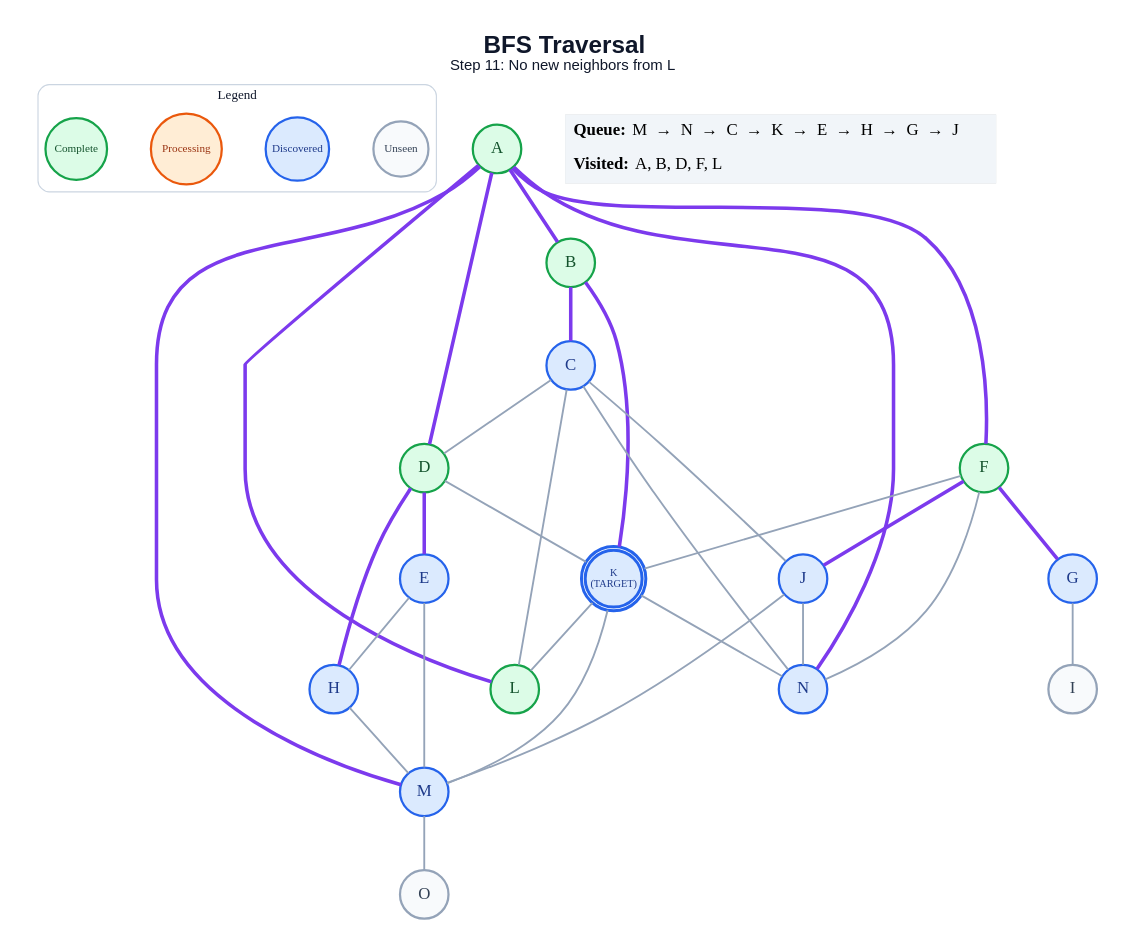
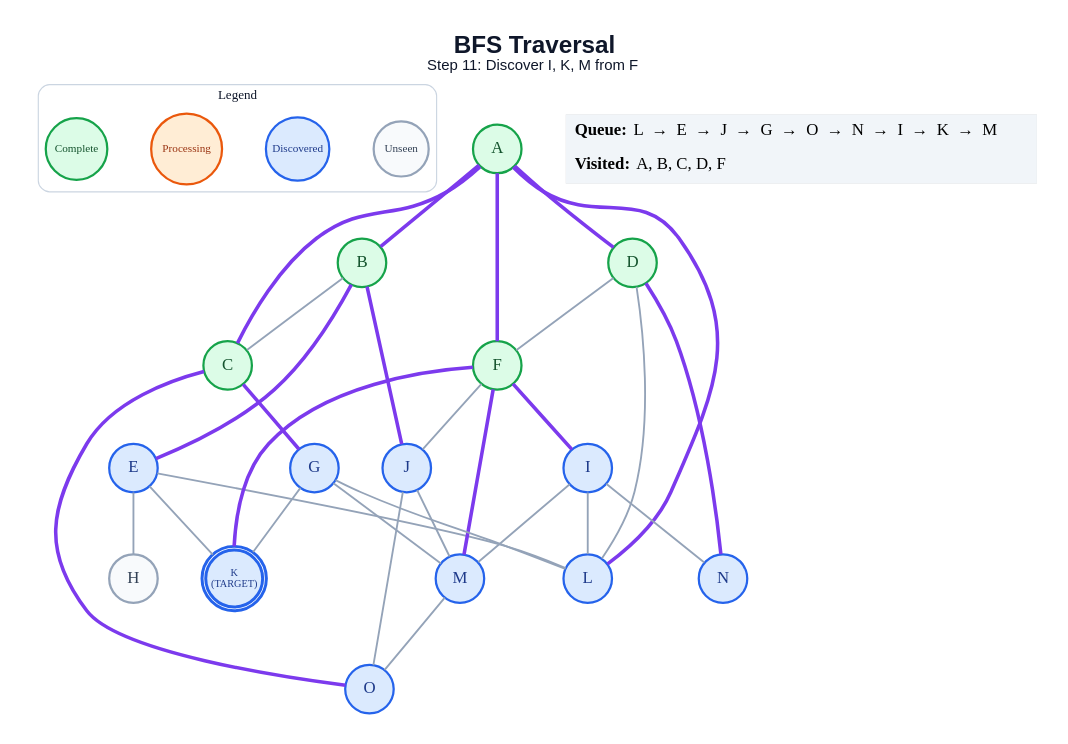
One commit to anon7238593-create/ai-slop changed the diagram in generated/bfs/step_11.dot. Above: the diagram before and after it, drawn with Graphviz. The commit also changed 211 other files, not shown here.

```diff
--- a/generated/bfs/step_11.dot
+++ b/generated/bfs/step_11.dot
@@ -1,63 +1,63 @@
 graph traversal {
   graph [layout=dot, rankdir=TB, bgcolor="#FFFFFF", pad="0.35", nodesep="0.65", ranksep="0.8", fontname="Arial"];
   node [shape=circle, style="filled", fontname="Arial Bold", fontsize=18, width=0.72, fixedsize=true, penwidth=2.4];
   edge [color="#94A3B8", penwidth=2.0];
-  label=<<B>BFS Traversal</B><BR/><FONT POINT-SIZE="16">Step 11: No new neighbors from L</FONT>>; labelloc="t"; fontsize=26; fontname="Arial"; fontcolor="#0F172A";
+  label=<<B>BFS Traversal</B><BR/><FONT POINT-SIZE="16">Step 11: Discover I, K, M from F</FONT>>; labelloc="t"; fontsize=26; fontname="Arial"; fontcolor="#0F172A";
   subgraph cluster_legend { label="Legend"; color="#CBD5E1"; penwidth=1.2; style="rounded"; fontsize=14; fontname="Arial Bold";
     key_unseen [label="Unseen", fillcolor="#F8FAFC", color="#94A3B8", fontcolor="#334155", fontsize=12, width=0.82];
     key_frontier [label="Discovered", fillcolor="#DBEAFE", color="#2563EB", fontcolor="#1E3A8A", fontsize=12, width=0.95];
     key_current [label="Processing", fillcolor="#FFEDD5", color="#EA580C", fontcolor="#9A3412", fontsize=12, width=1.05];
     key_done [label="Complete", fillcolor="#DCFCE7", color="#16A34A", fontcolor="#14532D", fontsize=12, width=0.92];
     { rank=same; key_unseen; key_frontier; key_current; key_done; }
   }
   A [label="A", fillcolor="#DCFCE7", color="#16A34A", fontcolor="#14532D", peripheries=1, penwidth=2.4];
   B [label="B", fillcolor="#DCFCE7", color="#16A34A", fontcolor="#14532D", peripheries=1, penwidth=2.4];
-  C [label="C", fillcolor="#DBEAFE", color="#2563EB", fontcolor="#1E3A8A", peripheries=1, penwidth=2.4];
+  C [label="C", fillcolor="#DCFCE7", color="#16A34A", fontcolor="#14532D", peripheries=1, penwidth=2.4];
   D [label="D", fillcolor="#DCFCE7", color="#16A34A", fontcolor="#14532D", peripheries=1, penwidth=2.4];
   E [label="E", fillcolor="#DBEAFE", color="#2563EB", fontcolor="#1E3A8A", peripheries=1, penwidth=2.4];
   F [label="F", fillcolor="#DCFCE7", color="#16A34A", fontcolor="#14532D", peripheries=1, penwidth=2.4];
   G [label="G", fillcolor="#DBEAFE", color="#2563EB", fontcolor="#1E3A8A", peripheries=1, penwidth=2.4];
-  H [label="H", fillcolor="#DBEAFE", color="#2563EB", fontcolor="#1E3A8A", peripheries=1, penwidth=2.4];
-  I [label="I", fillcolor="#F8FAFC", color="#94A3B8", fontcolor="#334155", peripheries=1, penwidth=2.4];
+  H [label="H", fillcolor="#F8FAFC", color="#94A3B8", fontcolor="#334155", peripheries=1, penwidth=2.4];
+  I [label="I", fillcolor="#DBEAFE", color="#2563EB", fontcolor="#1E3A8A", peripheries=1, penwidth=2.4];
   J [label="J", fillcolor="#DBEAFE", color="#2563EB", fontcolor="#1E3A8A", peripheries=1, penwidth=2.4];
   K [label="K\n(TARGET)", fillcolor="#DBEAFE", color="#2563EB", fontcolor="#1E3A8A", peripheries=2, penwidth=3.2, fontsize=11, width=0.85, height=0.85];
-  L [label="L", fillcolor="#DCFCE7", color="#16A34A", fontcolor="#14532D", peripheries=1, penwidth=2.4];
+  L [label="L", fillcolor="#DBEAFE", color="#2563EB", fontcolor="#1E3A8A", peripheries=1, penwidth=2.4];
   M [label="M", fillcolor="#DBEAFE", color="#2563EB", fontcolor="#1E3A8A", peripheries=1, penwidth=2.4];
   N [label="N", fillcolor="#DBEAFE", color="#2563EB", fontcolor="#1E3A8A", peripheries=1, penwidth=2.4];
-  O [label="O", fillcolor="#F8FAFC", color="#94A3B8", fontcolor="#334155", peripheries=1, penwidth=2.4];
+  O [label="O", fillcolor="#DBEAFE", color="#2563EB", fontcolor="#1E3A8A", peripheries=1, penwidth=2.4];
   A -- B [color="#7C3AED", penwidth=3.8];
+  A -- C [color="#7C3AED", penwidth=3.8];
   A -- D [color="#7C3AED", penwidth=3.8];
   A -- F [color="#7C3AED", penwidth=3.8];
   A -- L [color="#7C3AED", penwidth=3.8];
-  A -- M [color="#7C3AED", penwidth=3.8];
-  A -- N [color="#7C3AED", penwidth=3.8];
-  B -- C [color="#7C3AED", penwidth=3.8];
-  B -- K [color="#7C3AED", penwidth=3.8];
-  C -- D;
-  C -- J;
-  C -- L;
-  C -- N;
-  D -- E [color="#7C3AED", penwidth=3.8];
-  D -- H [color="#7C3AED", penwidth=3.8];
-  D -- K;
+  B -- C;
+  B -- E [color="#7C3AED", penwidth=3.8];
+  B -- J [color="#7C3AED", penwidth=3.8];
+  C -- G [color="#7C3AED", penwidth=3.8];
+  C -- O [color="#7C3AED", penwidth=3.8];
+  D -- F;
+  D -- L;
+  D -- N [color="#7C3AED", penwidth=3.8];
   E -- H;
-  E -- M;
-  F -- G [color="#7C3AED", penwidth=3.8];
-  F -- J [color="#7C3AED", penwidth=3.8];
-  F -- K;
-  F -- N;
-  G -- I;
-  H -- M;
+  E -- K;
+  E -- L;
+  F -- I [color="#7C3AED", penwidth=3.8];
+  F -- J;
+  F -- K [color="#7C3AED", penwidth=3.8];
+  F -- M [color="#7C3AED", penwidth=3.8];
+  G -- K;
+  G -- L;
+  G -- M;
+  I -- L;
+  I -- M;
+  I -- N;
   J -- M;
-  J -- N;
-  K -- L;
-  K -- M;
-  K -- N;
+  J -- O;
   M -- O;
   status [shape=plain, fixedsize=false, width=0, height=0, margin=0, label=<
     <TABLE BORDER="0" CELLBORDER="0" CELLPADDING="7" BGCOLOR="#F1F5F9">
-      <TR><TD ALIGN="LEFT"><B>Queue:</B> M  →  N  →  C  →  K  →  E  →  H  →  G  →  J</TD></TR>
-      <TR><TD ALIGN="LEFT"><B>Visited:</B> A, B, D, F, L</TD></TR>
+      <TR><TD ALIGN="LEFT"><B>Queue:</B> L  →  E  →  J  →  G  →  O  →  N  →  I  →  K  →  M</TD></TR>
+      <TR><TD ALIGN="LEFT"><B>Visited:</B> A, B, C, D, F</TD></TR>
     </TABLE>
   >];
 }
```
